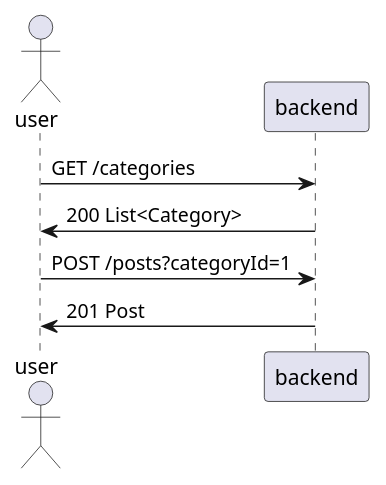
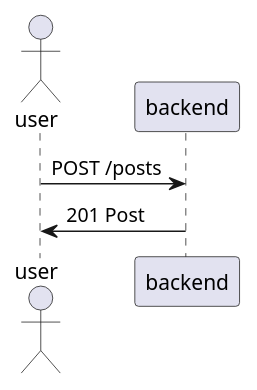
The third of 3 diagrams in objects.adoc (C0RR1T/pepser), drawn with PlantUML before and after one commit. The commit also changed other lines of this file and 1 other file, not shown here.

```diff
--- a/objects.adoc
+++ b/objects.adoc
@@ -71,13 +83,10 @@
 [plantuml]
 ----
 @startuml
 
 actor user
 
-user -> backend : GET /categories
-user <- backend : 200 List<Category>
-
-user -> backend : POST /posts?categoryId=1
+user -> backend : POST /posts
 user <- backend : 201 Post
 @enduml
 ----
```
